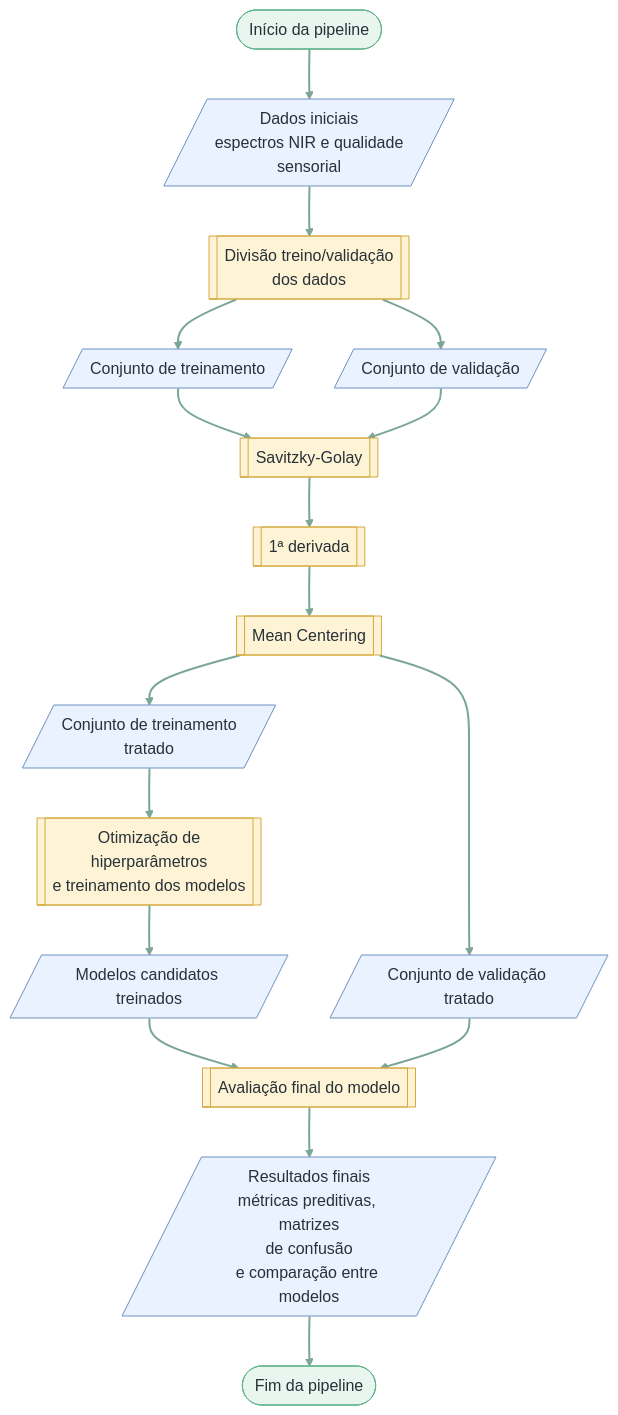
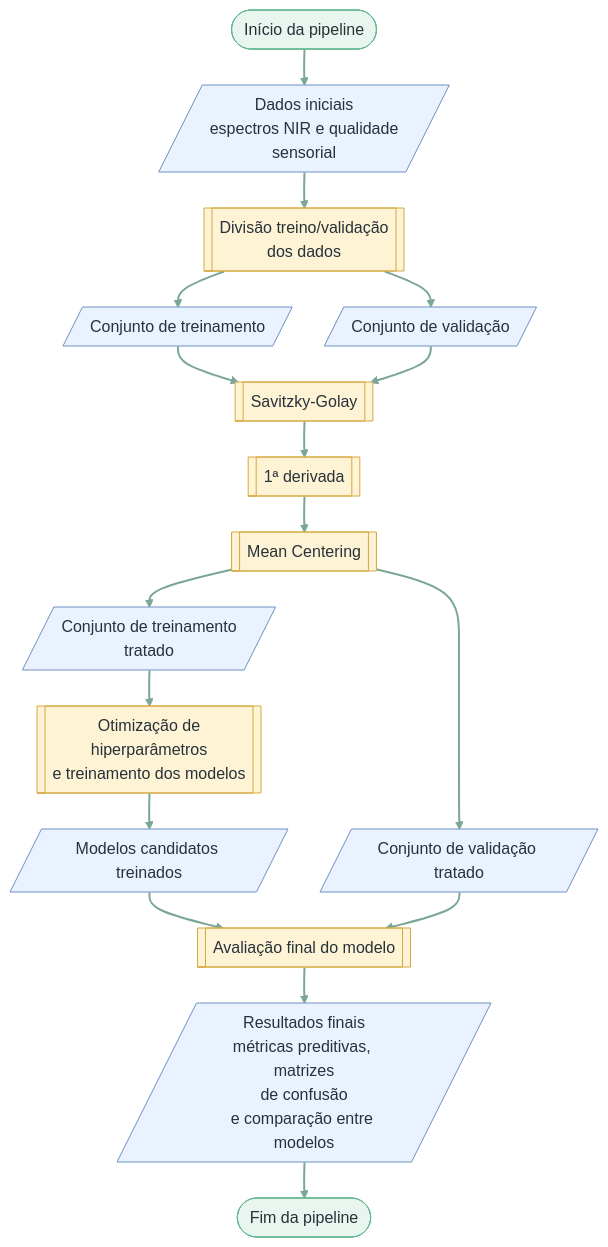
The diagram in docs/00_pipeline_geral.md (A-malta/coffee-nir-quality), drawn with Mermaid before and after one commit. The commit also changed 8 other files, not shown here.

````diff
--- a/docs/00_pipeline_geral.md
+++ b/docs/00_pipeline_geral.md
@@ -1,43 +1,43 @@
 ```mermaid
 ---
 config:
   theme: neutral
   look: classic
   flowchart:
     curve: basis
-    nodeSpacing: 42
-    rankSpacing: 50
+    nodeSpacing: 32
+    rankSpacing: 36
 ---
 flowchart TD
     A([Início da pipeline]) --> B[/Dados iniciais<br/>espectros NIR e qualidade<br/>sensorial/]
     B --> C[[Divisão treino/validação<br/>dos dados]]
 
     C --> D[/Conjunto de treinamento/]
     C --> E[/Conjunto de validação/]
 
     D --> F[[Savitzky-Golay]]
     E --> F
     F --> G[[1ª derivada]]
     G --> H[[Mean Centering]]
 
     H --> I[/Conjunto de treinamento<br/>tratado/]
     H --> J[/Conjunto de validação tratado/]
 
     I --> K[[Otimização de<br/>hiperparâmetros<br/>e treinamento dos modelos]]
     K --> L[/Modelos candidatos treinados/]
 
     L --> M[[Avaliação final do modelo]]
     J --> M
     M --> N[/Resultados finais<br/>métricas preditivas, matrizes<br/>de confusão<br/>e comparação entre modelos/]
     N --> O([Fim da pipeline])
 
     classDef terminador fill:#E8F6EF,stroke:#62B58F,color:#263238
     classDef dados fill:#EAF2FF,stroke:#6C91C2,color:#263238
     classDef processo fill:#FFF3D6,stroke:#D4A83F,color:#263238
 
     class A,O terminador
     class B,D,E,I,J,L,N dados
     class C,F,G,H,K,M processo
 
     linkStyle default stroke:#7AA695,stroke-width:2px
 ```
````
